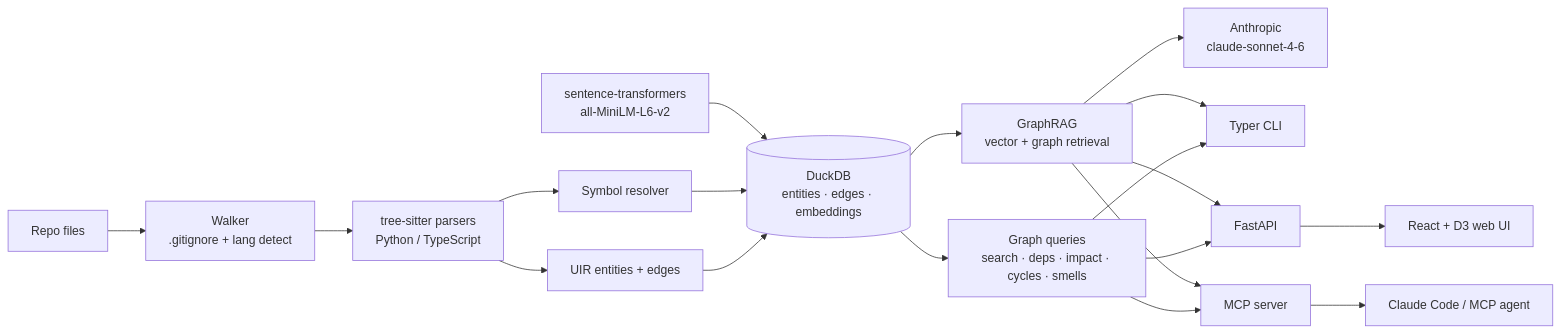
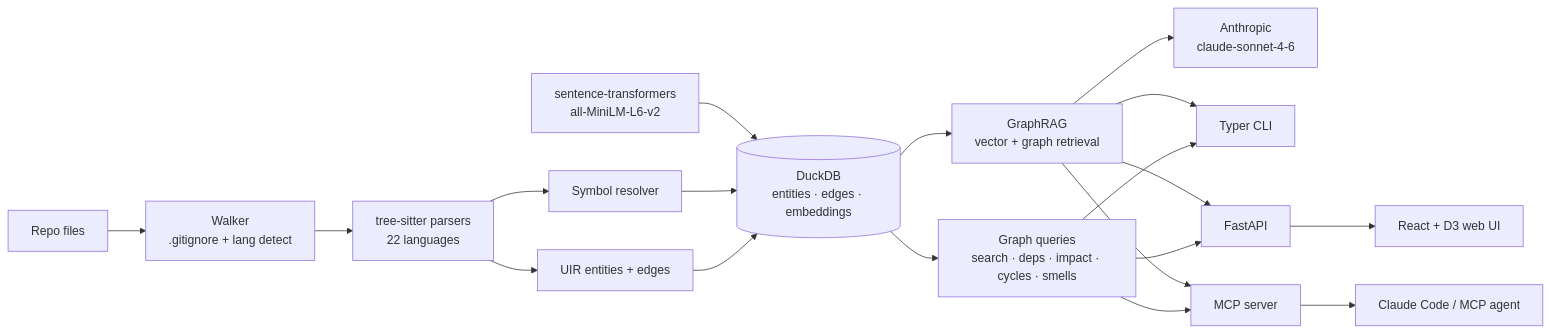
The diagram in README.md (kunal202426/CodeGraph-Intelligence), drawn with Mermaid before and after one commit. The commit also changed other lines of this file, not shown here.

Commit message:
docs: sync Stack/Architecture/MCP tables with current 22-language support

````diff
--- a/README.md
+++ b/README.md
@@ -426,22 +426,22 @@
 ```mermaid
 flowchart LR
     repo[Repo files] --> walker[Walker<br/>.gitignore + lang detect]
-    walker --> parsers[tree-sitter parsers<br/>Python / TypeScript]
+    walker --> parsers[tree-sitter parsers<br/>22 languages]
     parsers --> uir[UIR entities + edges]
     uir --> store[(DuckDB<br/>entities · edges · embeddings)]
     parsers --> resolver[Symbol resolver] --> store
     embed[sentence-transformers<br/>all-MiniLM-L6-v2] --> store
 
     store --> queries[Graph queries<br/>search · deps · impact · cycles · smells]
     store --> rag[GraphRAG<br/>vector + graph retrieval]
     rag --> llm[Anthropic<br/>claude-sonnet-4-6]
 
     queries --> cli[Typer CLI]
     rag --> cli
     queries --> api[FastAPI]
     rag --> api
     api --> web[React + D3 web UI]
     queries --> mcp[MCP server]
     rag --> mcp
     mcp --> agent[Claude Code / MCP agent]
 ```
````
